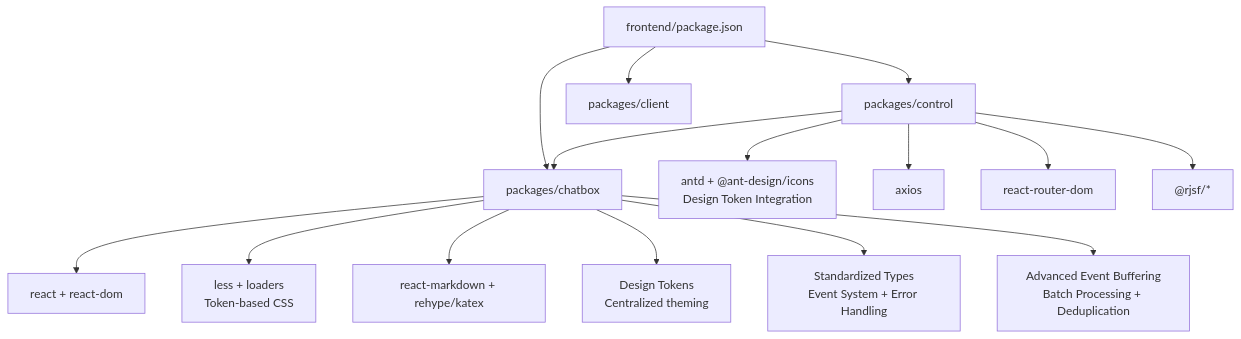
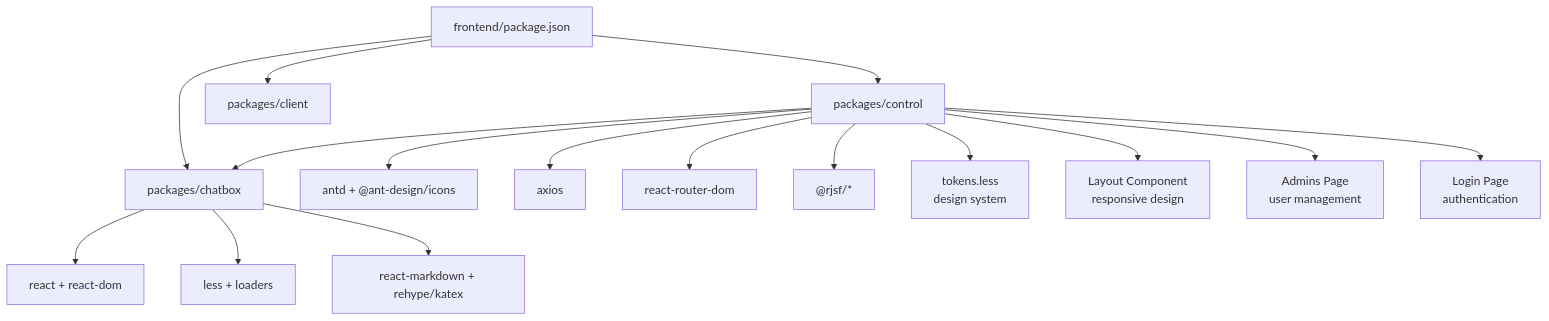
One commit to alibaba/tron-one-agent changed the eighth of 9 diagrams in .qoder/repowiki/en/content/Frontend Architecture/Frontend Architecture.md. Above: the diagram before and after it, drawn with Mermaid. The commit also changed other lines of this file and 13 other files, not shown here.

````diff
--- a/.qoder/repowiki/en/content/Frontend Architecture/Frontend Architecture.md
+++ b/.qoder/repowiki/en/content/Frontend Architecture/Frontend Architecture.md
@@ -482,17 +475,18 @@
 ```mermaid
 graph TB
 Root["frontend/package.json"] --> Chatbox["packages/chatbox"]
 Root --> Control["packages/control"]
 Root --> Client["packages/client"]
-Control --> AntD["antd + @ant-design/icons<br/>Design Token Integration"]
+Control --> AntD["antd + @ant-design/icons"]
 Control --> Axios["axios"]
 Control --> Router["react-router-dom"]
 Control --> RJSF["@rjsf/*"]
 Control --> Chatbox
+Control --> DesignTokens["tokens.less<br/>design system"]
+Control --> Layout["Layout Component<br/>responsive design"]
+Control --> Admins["Admins Page<br/>user management"]
+Control --> Login["Login Page<br/>authentication"]
 Chatbox --> React["react + react-dom"]
-Chatbox --> Less["less + loaders<br/>Token-based CSS"]
+Chatbox --> Less["less + loaders"]
 Chatbox --> Markdown["react-markdown + rehype/katex"]
-Chatbox --> Tokens["Design Tokens<br/>Centralized theming"]
-Chatbox --> Types["Standardized Types<br/>Event System + Error Handling"]
-Chatbox --> Buffer["Advanced Event Buffering<br/>Batch Processing + Deduplication"]
 ```
````
